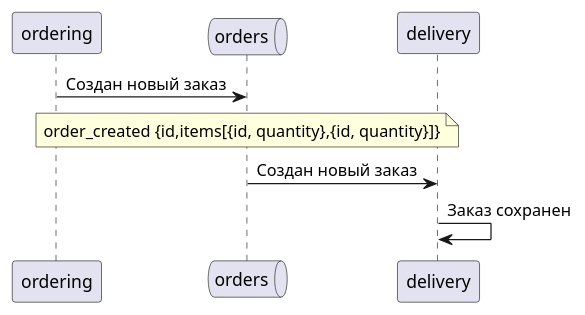
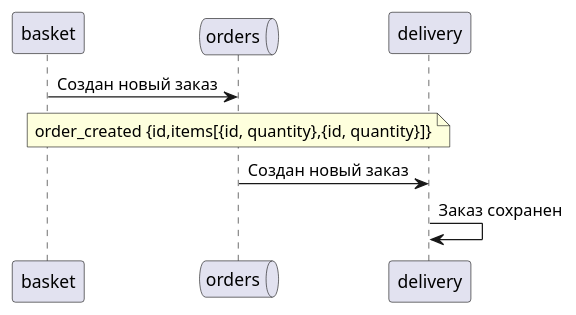
One commit to gerzhan/knigaexpert-system-design changed the diagram in services/delivery/use-cases/uc-1.md. Above: the diagram before and after it, drawn with PlantUML. The commit also changed 18 other files, not shown here.

````diff
--- a/services/delivery/use-cases/uc-1.md
+++ b/services/delivery/use-cases/uc-1.md
@@ -3,10 +3,10 @@
 ```plantuml
-participant "ordering" as ordering
+participant "basket" as basket
 queue "orders" as orders_queue
 participant "delivery" as delivery
 
-ordering -> orders_queue: Cоздан новый заказ
+basket -> orders_queue: Cоздан новый заказ
 note over orders_queue: order_created {id,items[{id, quantity},{id, quantity}]}
 orders_queue -> delivery: Cоздан новый заказ
 delivery -> delivery: Заказ сохранен
 ```
````
